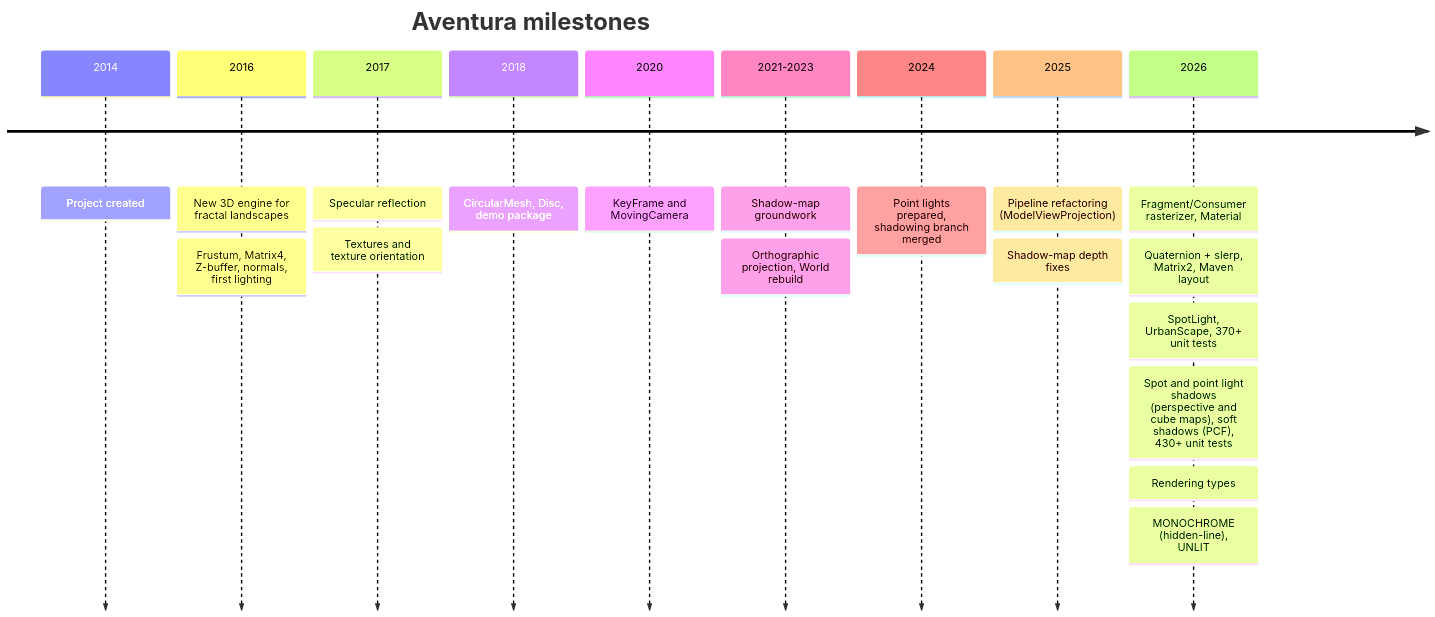
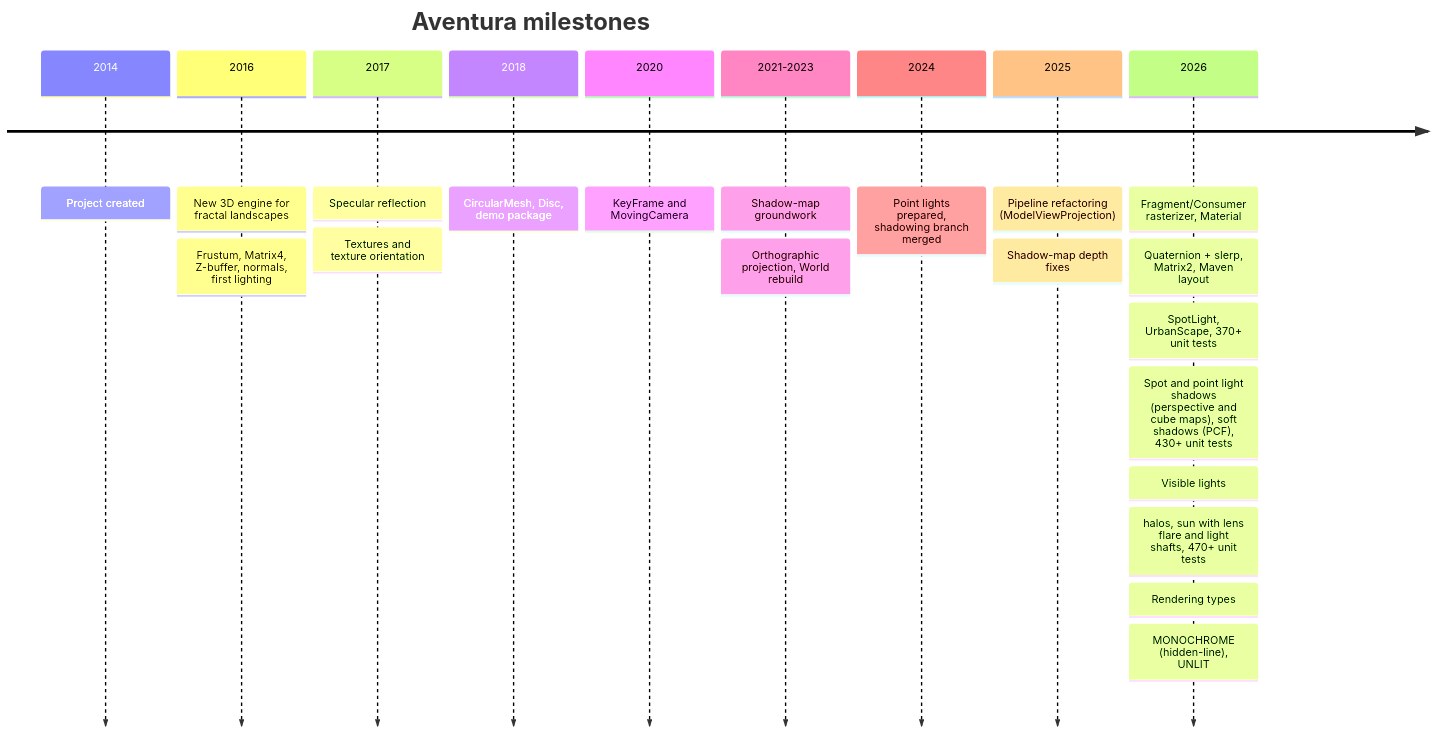
Before and after one commit to obarry/Aventura: diagram 19 of 21 in docs/DESIGN.md, drawn with Mermaid. The commit also changed 1 other file, not shown here.

Commit message:
Last doc updates to reflect recent modifications.

````diff
--- a/docs/DESIGN.md
+++ b/docs/DESIGN.md
@@ -836,21 +836,22 @@
 ```mermaid
 timeline
     title Aventura milestones
     2014 : Project created
     2016 : New 3D engine for fractal landscapes
          : Frustum, Matrix4, Z-buffer, normals, first lighting
     2017 : Specular reflection
          : Textures and texture orientation
     2018 : CircularMesh, Disc, demo package
     2020 : KeyFrame and MovingCamera
     2021-2023 : Shadow-map groundwork
               : Orthographic projection, World rebuild
     2024 : Point lights prepared, shadowing branch merged
     2025 : Pipeline refactoring (ModelViewProjection)
          : Shadow-map depth fixes
     2026 : Fragment/Consumer rasterizer, Material
          : Quaternion + slerp, Matrix2, Maven layout
          : SpotLight, UrbanScape, 370+ unit tests
          : Spot and point light shadows (perspective and cube maps), soft shadows (PCF), 430+ unit tests
+         : Visible lights: halos, sun with lens flare and light shafts, 470+ unit tests
          : Rendering types: MONOCHROME (hidden-line), UNLIT
 ```
````
